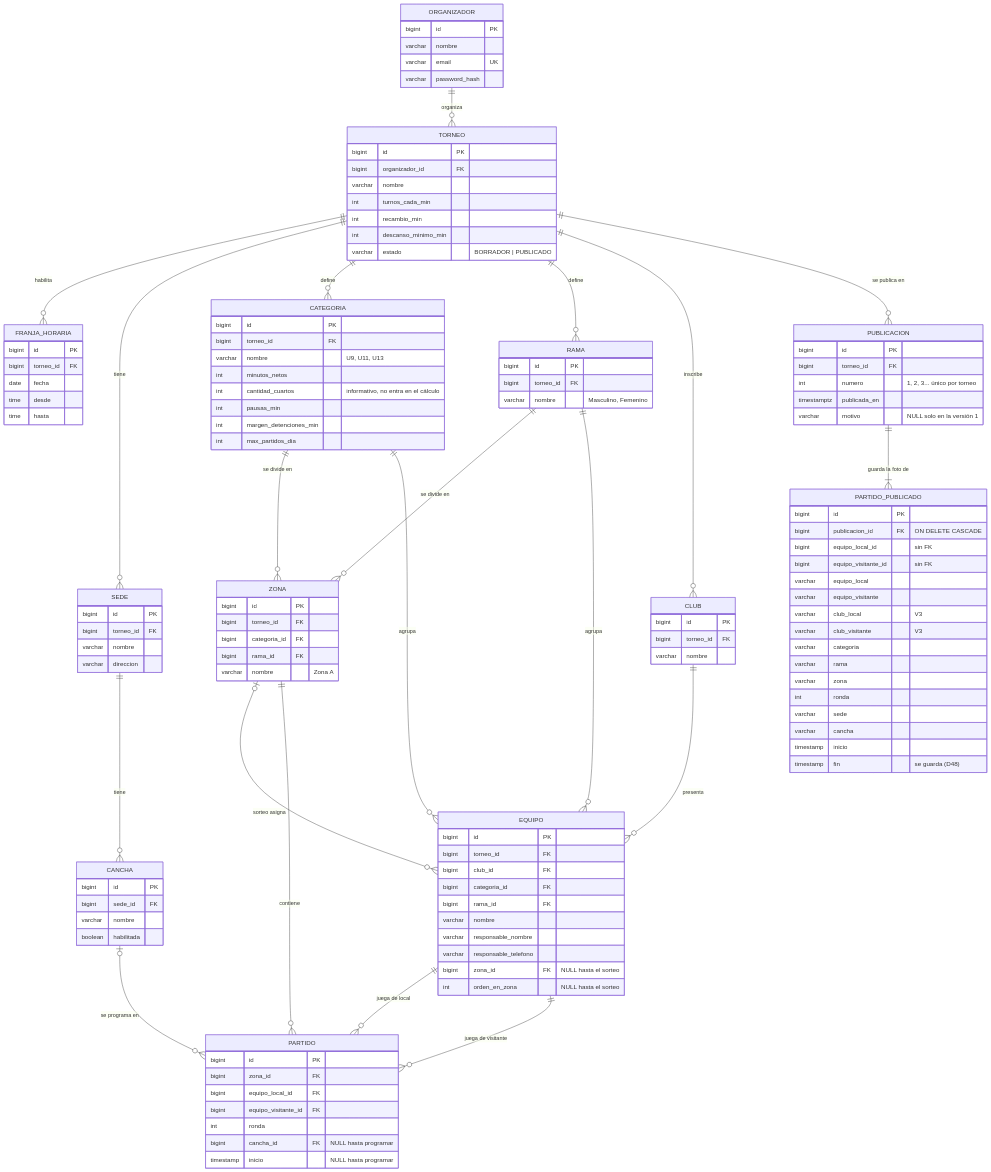
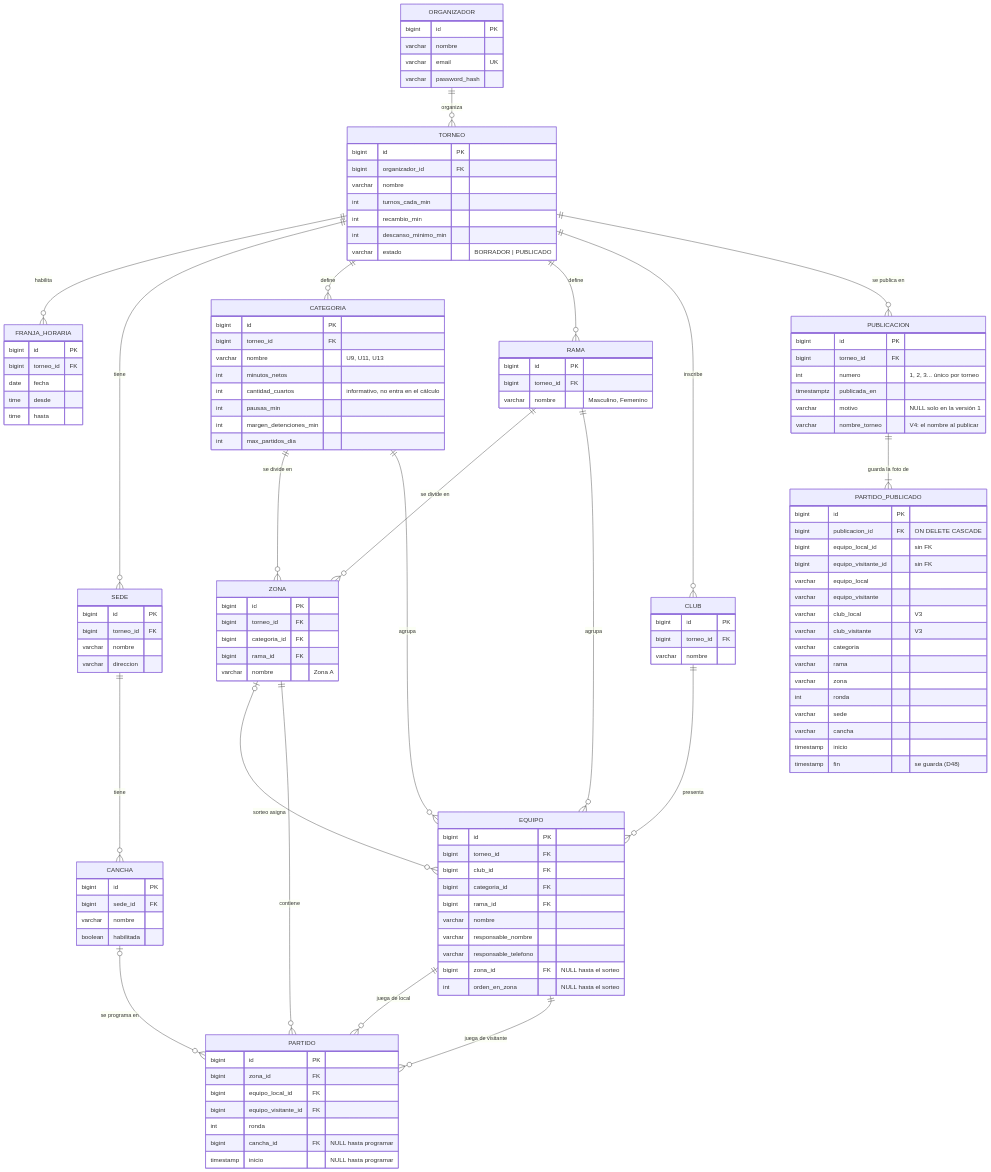
One commit to tadeo14/tp_final changed the diagram in docs/der.md. Above: the diagram before and after it, drawn with Mermaid. The commit also changed other lines of this file and 1 other file, not shown here.

First line of the commit message:
Registrar D70 y agregar nombre_torneo al DER

```diff
--- a/docs/der.md
+++ b/docs/der.md
@@ -117,6 +118,7 @@
         int numero "1, 2, 3... único por torneo"
         timestamptz publicada_en
         varchar motivo "NULL solo en la versión 1"
+        varchar nombre_torneo "V4: el nombre al publicar"
     }
     PARTIDO_PUBLICADO {
         bigint id PK
```
